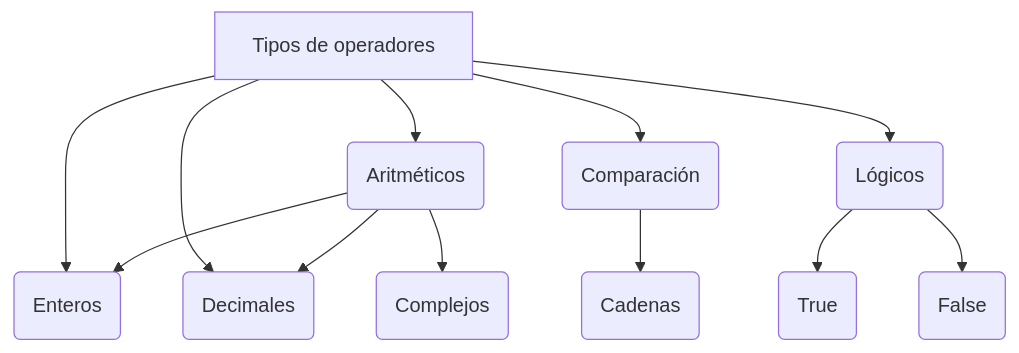
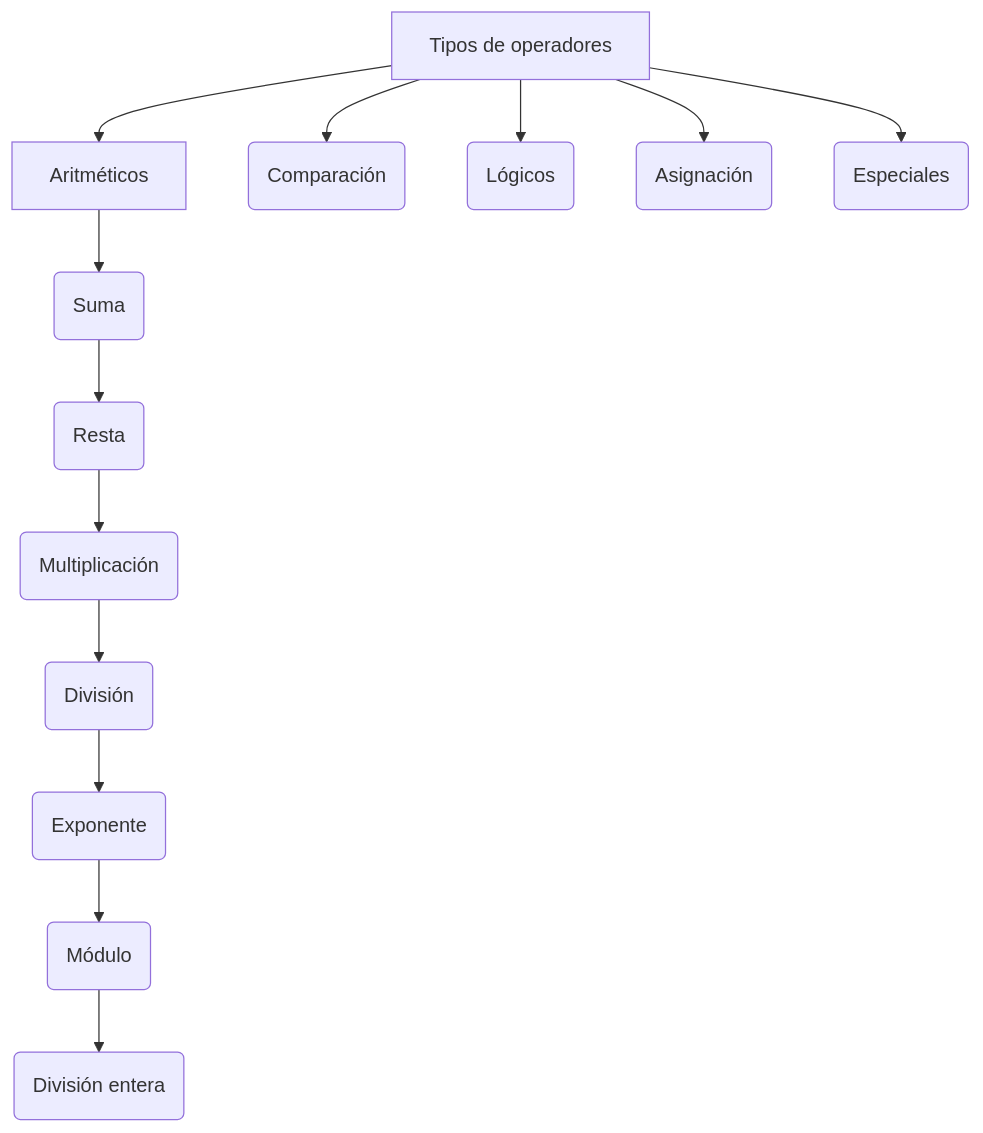
Before and after one commit to nadiaa147/RepositorioBase: the second of 2 diagrams in python/README.md, drawn with Mermaid.

Commit message:
tipos de operadores 3

````diff
--- a/python/README.md
+++ b/python/README.md
@@ -58,14 +58,15 @@
 ```mermaid
 flowchart TD
     A[Tipos de operadores] --> B(Aritméticos)
     A[Tipos de operadores] --> C(Comparación)
     A[Tipos de operadores] --> D(Lógicos)
     A[Tipos de operadores] --> E(Asignación)
     A[Tipos de operadores] --> F(Especiales)
-    B(Aritméticos) --> E(Enteros)
-    B(Aritméticos) --> F(Decimales)
-    B(Aritméticos) --> G(Complejos)
-    C(Comparación) --> H(Cadenas)
-    D(Lógicos) --> I(True)
-    D(Lógicos) --> J(False)
+    B[Aritméticos] --> G(Suma)
+    G(Suma) --> H(Resta)
+    H(Resta) --> I(Multiplicación)
+    I(Multiplicación) --> J(División)
+    J(División) --> K(Exponente)
+    K(Exponente) --> L(Módulo)
+    L(Módulo) --> M(División entera)
 ```
````
